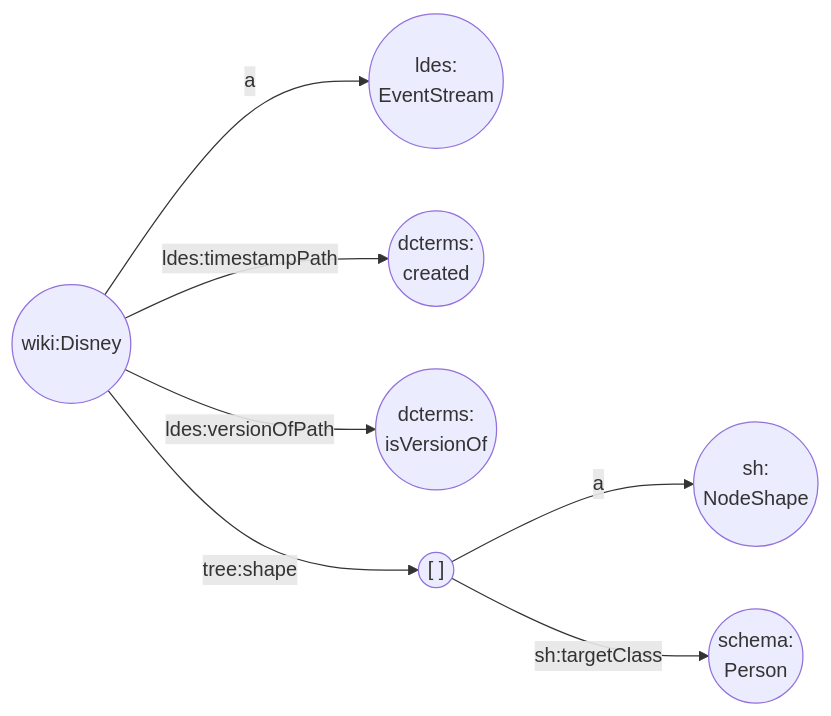
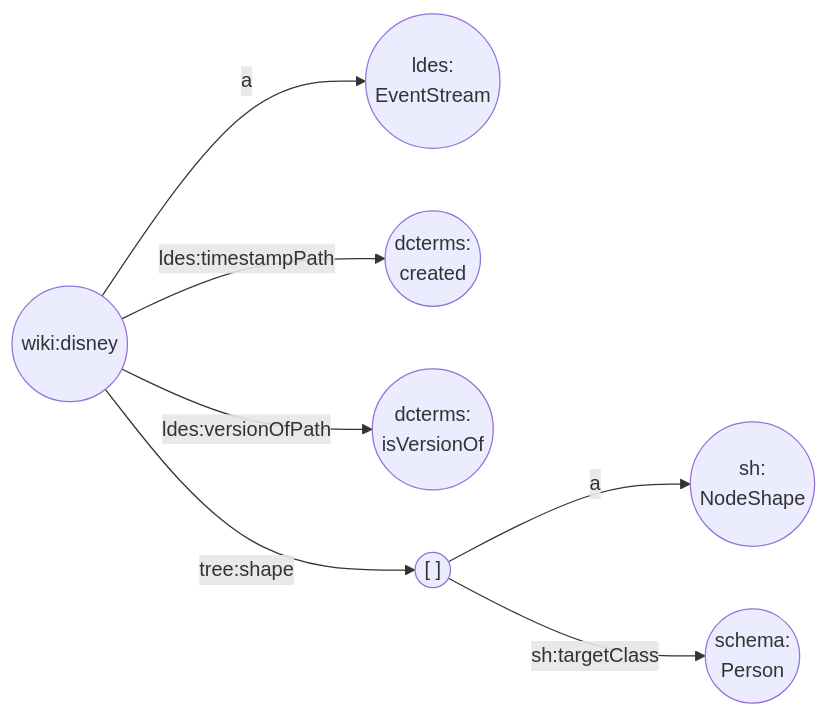
The second of 2 diagrams in step-by-step/E-ldes-specs.md (rorlic/ldes-docs), drawn with Mermaid before and after one commit. The commit also changed other lines of this file and 1 other file, not shown here.

Commit message:
fix: capitalization

````diff
--- a/step-by-step/E-ldes-specs.md
+++ b/step-by-step/E-ldes-specs.md
@@ -56,21 +56,21 @@
 ```mermaid
 flowchart LR
-    disney((wiki:Disney))
+    disney((wiki:disney))
     ldes(("`ldes:
     EventStream`"))
     created(("`dcterms:
     created`"))
     version(("`dcterms:
     isVersionOf`"))
     shape(("`sh:
     NodeShape`"))
     person(("`schema:
     Person`"))
     blank(("[ ]"))
     disney -- a --> ldes
     disney -- tree:shape --> blank
     blank -- a --> shape
     blank -- sh:targetClass --> person
     disney -- ldes:timestampPath --> created
     disney -- ldes:versionOfPath --> version
 ```
````
